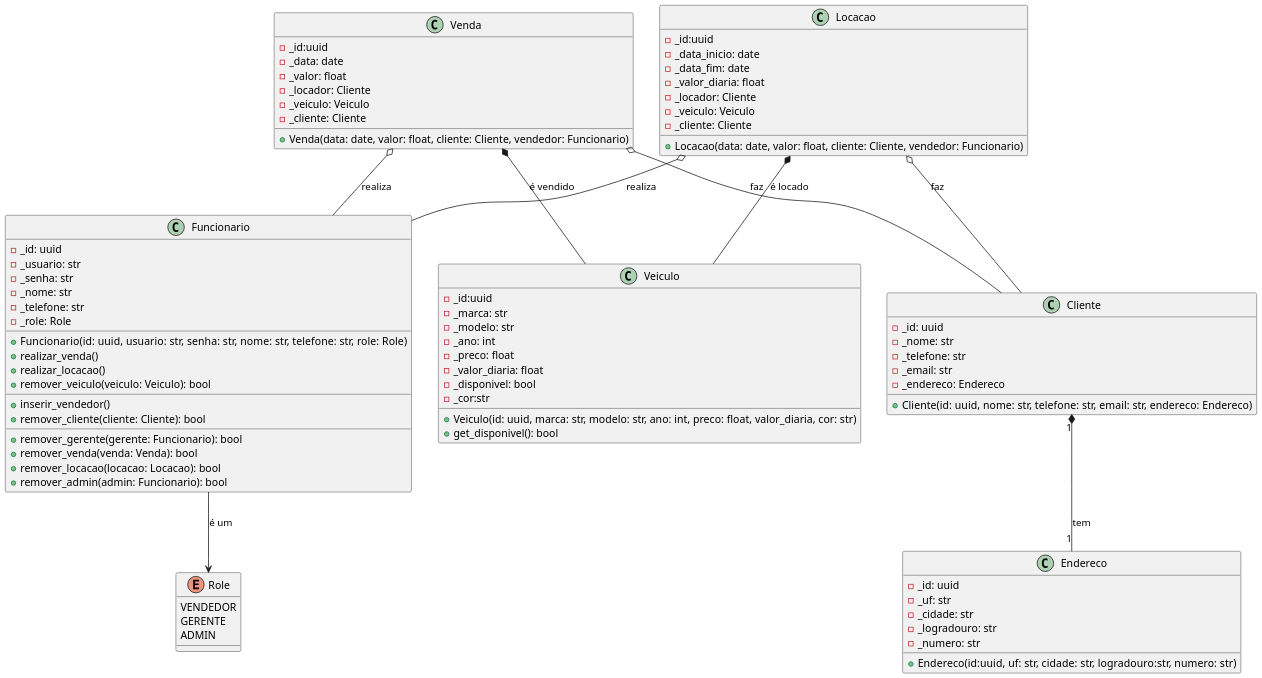
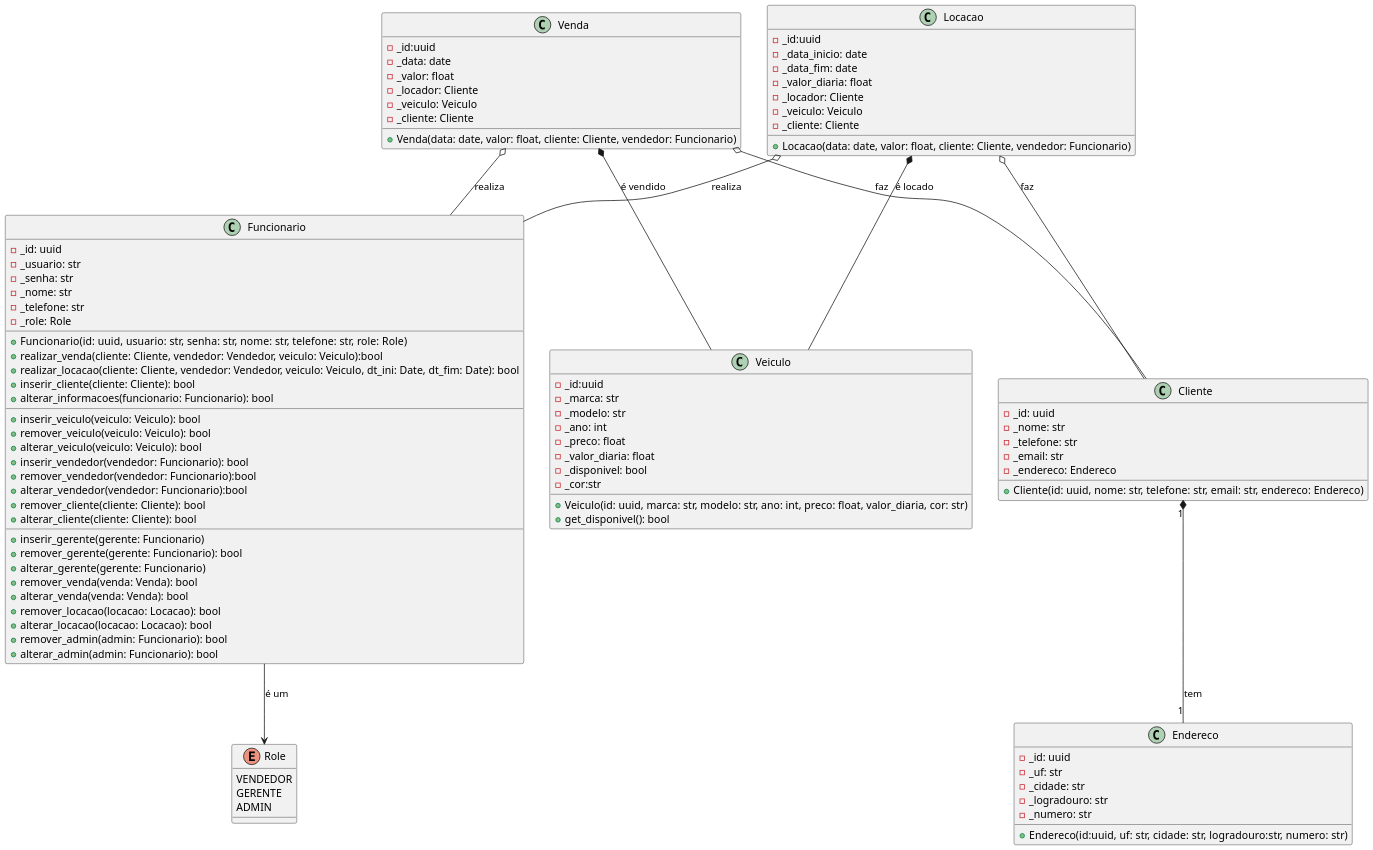
One commit to gabrielraulino/DS-Persist-SmartAuto changed the diagram in Modelagem/Model.puml. Above: the diagram before and after it, drawn with PlantUML.

Commit message:
feat(funcionario): adicionar novos métodos para gerenciamento de vendas, locações e usuários

```diff
--- a/Modelagem/Model.puml
+++ b/Modelagem/Model.puml
@@ -1,98 +1,110 @@
 @startuml SmartAuto
 skinparam defaultFontName Hasklig
 skinparam dpi 150
 
 enum Role {
   VENDEDOR
   GERENTE
   ADMIN
 }
 
 class Funcionario {
   -_id: uuid
   -_usuario: str
   -_senha: str
   -_nome: str
   -_telefone: str
   -_role: Role
   __
   +Funcionario(id: uuid, usuario: str, senha: str, nome: str, telefone: str, role: Role)
-  +realizar_venda()
-  +realizar_locacao()
+  +realizar_venda(cliente: Cliente, vendedor: Vendedor, veiculo: Veiculo):bool
+  +realizar_locacao(cliente: Cliente, vendedor: Vendedor, veiculo: Veiculo, dt_ini: Date, dt_fim: Date): bool
+  +inserir_cliente(cliente: Cliente): bool
+  +alterar_informacoes(funcionario: Funcionario): bool
+  __
+  +inserir_veiculo(veiculo: Veiculo): bool
   +remover_veiculo(veiculo: Veiculo): bool
+  +alterar_veiculo(veiculo: Veiculo): bool
+  +inserir_vendedor(vendedor: Funcionario): bool
+  +remover_vendedor(vendedor: Funcionario):bool
+  +alterar_vendedor(vendedor: Funcionario):bool
+  +remover_cliente(cliente: Cliente): bool
+  +alterar_cliente(cliente: Cliente): bool
   __
-  +inserir_vendedor()
-  +remover_cliente(cliente: Cliente): bool
-  __
+  +inserir_gerente(gerente: Funcionario)
   +remover_gerente(gerente: Funcionario): bool
+  +alterar_gerente(gerente: Funcionario)
   +remover_venda(venda: Venda): bool
+  +alterar_venda(venda: Venda): bool
   +remover_locacao(locacao: Locacao): bool
+  +alterar_locacao(locacao: Locacao): bool
   +remover_admin(admin: Funcionario): bool
+  +alterar_admin(admin: Funcionario): bool
 }
 Funcionario --> Role : "é um"
 class Cliente {
   -_id: uuid
   -_nome: str
   -_telefone: str
   -_email: str
   -_endereco: Endereco
   
   +Cliente(id: uuid, nome: str, telefone: str, email: str, endereco: Endereco)
 }
 
 class Endereco{
   -_id: uuid
   -_uf: str
   -_cidade: str
   -_logradouro: str
   -_numero: str
   +Endereco(id:uuid, uf: str, cidade: str, logradouro:str, numero: str)
 }
 
 class Venda {
   -_id:uuid
   -_data: date
   -_valor: float
   -_locador: Cliente
   -_veiculo: Veiculo
   -_cliente: Cliente
 
   +Venda(data: date, valor: float, cliente: Cliente, vendedor: Funcionario)
 }
 
 class Locacao {
   -_id:uuid
   -_data_inicio: date
   -_data_fim: date
   -_valor_diaria: float
   -_locador: Cliente
   -_veiculo: Veiculo
   -_cliente: Cliente
 
   +Locacao(data: date, valor: float, cliente: Cliente, vendedor: Funcionario)
 }
 
 class Veiculo {
   -_id:uuid
   -_marca: str
   -_modelo: str
   -_ano: int
   -_preco: float
   -_valor_diaria: float
   -_disponivel: bool
   -_cor:str
   +Veiculo(id: uuid, marca: str, modelo: str, ano: int, preco: float, valor_diaria, cor: str)
   +get_disponivel(): bool
 }
 
 Venda *-- Veiculo : "é vendido"
 Venda o-- Cliente : "faz"
 Venda o-- Funcionario : "realiza"
 
 Locacao *-- Veiculo : "é locado"
 Locacao o-- Cliente : "faz"
 Locacao o-- Funcionario : "realiza"
 
 Cliente "1"*-- "1"Endereco : "tem"
 
 @enduml
```
